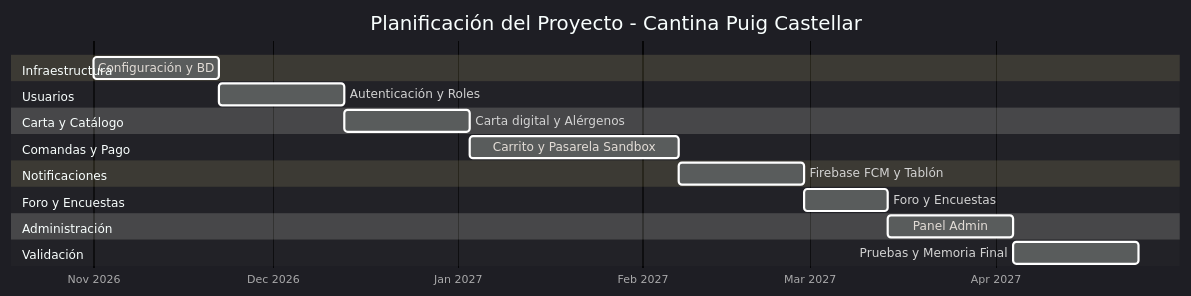
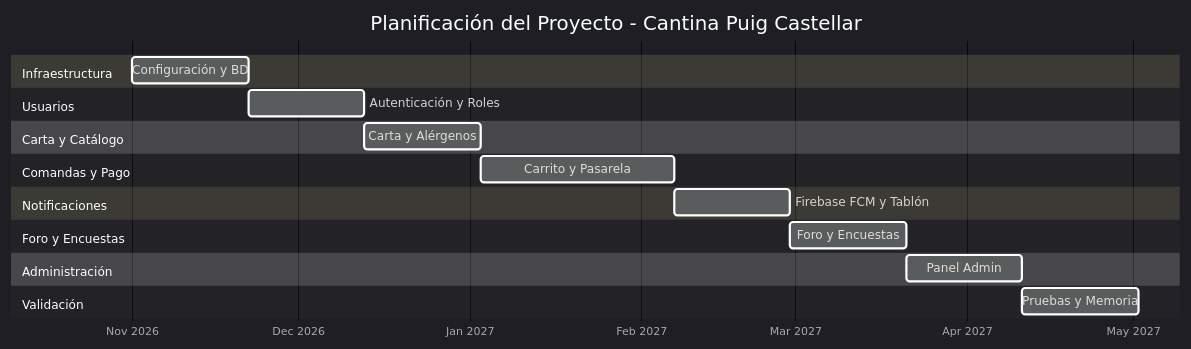
Before and after one commit to jmperez321/Cantinapp: the diagram in docs/gant.mmd, drawn with Mermaid.

Commit message:
fix: corregir texto desbordado en el diagrama de Gantt 2

```diff
--- a/docs/gant.mmd
+++ b/docs/gant.mmd
@@ -1,29 +1,29 @@
-%%{init: {'theme': 'dark', 'gantt': {'fontSize': 11}}}%%
+%%{init: {'theme': 'dark', 'gantt': {'fontSize': 11, 'barHeight': 24, 'barGap': 6, 'topPadding': 50, 'leftPadding': 110}}}%%
 gantt
     title Planificación del Proyecto - Cantina Puig Castellar
     dateFormat  YYYY-MM-DD
     axisFormat  %b %Y
 
     section Infraestructura
         Configuración y BD            :b1, 2026-11-01, 21d
 
     section Usuarios
         Autenticación y Roles         :b2, after b1, 21d
 
     section Carta y Catálogo
-        Carta digital y Alérgenos     :b3, after b2, 21d
+        Carta y Alérgenos             :b3, after b2, 21d
 
     section Comandas y Pago
-        Carrito y Pasarela Sandbox    :b4, after b3, 35d
+        Carrito y Pasarela            :b4, after b3, 35d
 
     section Notificaciones
         Firebase FCM y Tablón         :b5, after b4, 21d
 
     section Foro y Encuestas
-        Foro y Encuestas              :b6, after b5, 14d
+        Foro y Encuestas              :b6, after b5, 21d
 
     section Administración
         Panel Admin                   :b7, after b6, 21d
 
     section Validación
-        Pruebas y Memoria Final       :b8, after b7, 21d
+        Pruebas y Memoria             :b8, after b7, 21d
```
